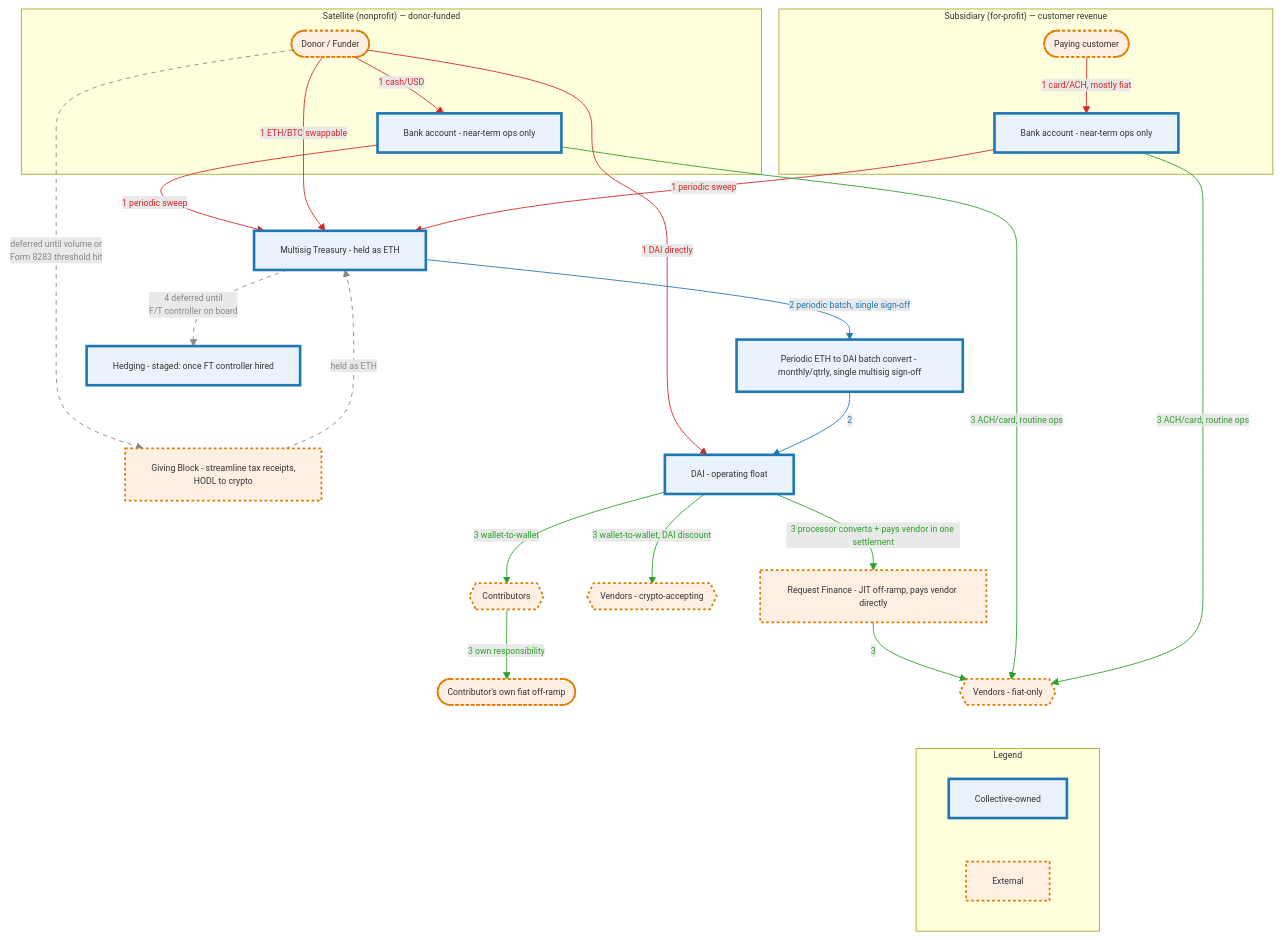
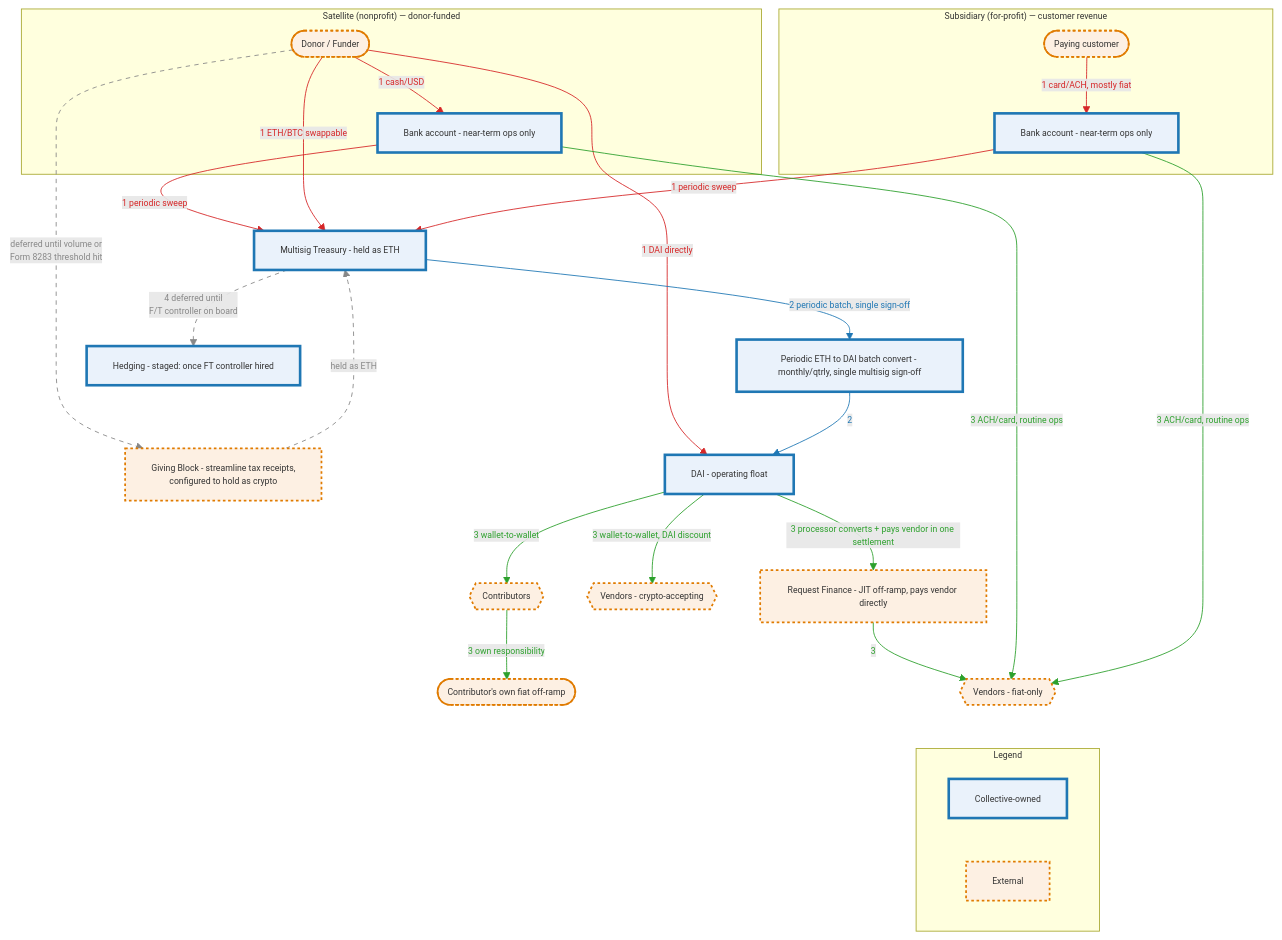
Before and after one commit to doikayt/admin: the third of 4 diagrams in governance/commons-hub-pattern.md, drawn with Mermaid.

Commit message:
docs: replace HODL slang with neutral, actor-correct wording
"HODL" is investment-speculation meme culture, tonally off for a
charitable-giving context regardless of whether it's Giving Block's
literal UI term. "Configured to hold as crypto" also fixes an
ambiguity: this is the collective's own account-level setting, not a
choice the donor makes per-donation.

````diff
--- a/governance/commons-hub-pattern.md
+++ b/governance/commons-hub-pattern.md
@@ -880,69 +880,69 @@
 ```mermaid
 %%{init: {"themeVariables": {"fontSize": "10px"}}}%%
 flowchart TD
     subgraph SAT["Satellite (nonprofit) — donor-funded"]
         Donor([Donor / Funder])
         SatBank[Bank account - near-term ops only]
     end
 
     subgraph SUB["Subsidiary (for-profit) — customer revenue"]
         Customer([Paying customer])
         SubBank[Bank account - near-term ops only]
     end
 
-    DonationProcessor[Giving Block - streamline tax receipts,<br/>HODL to crypto]
+    DonationProcessor[Giving Block - streamline tax receipts,<br/>configured to hold as crypto]
     Treasury[Multisig Treasury - held as ETH]
     BatchConvert[Periodic ETH to DAI batch convert - monthly/qtrly, single multisig sign-off]
     DAIFloat[DAI - operating float]
     Contributors{{Contributors}}
     ContribOfframp([Contributor's own fiat off-ramp])
     VendorsCrypto{{Vendors - crypto-accepting}}
     OffRampJIT[Request Finance - JIT off-ramp, pays vendor directly]
     VendorsFiat{{Vendors - fiat-only}}
     Hedge[Hedging - staged: once FT controller hired]
 
     subgraph LEGEND["Legend"]
         L1[Collective-owned]
         L2[External]
     end
 
     Donor -- "1 cash/USD" --> SatBank
     SatBank -- "1 periodic sweep" --> Treasury
     Donor -- "1 DAI directly" --> DAIFloat
     Donor -- "1 ETH/BTC swappable" --> Treasury
     Customer -- "1 card/ACH, mostly fiat" --> SubBank
     SubBank -- "1 periodic sweep" --> Treasury
 
     Donor -.->|"deferred until volume or<br/>Form 8283 threshold hit"| DonationProcessor
 
     Treasury -- "2 periodic batch, single sign-off" --> BatchConvert
     BatchConvert -- "2" --> DAIFloat
 
     DAIFloat -- "3 wallet-to-wallet" --> Contributors
     Contributors -- "3 own responsibility" --> ContribOfframp
     DAIFloat -- "3 wallet-to-wallet, DAI discount" --> VendorsCrypto
     DAIFloat -- "3 processor converts + pays vendor in one settlement" --> OffRampJIT
     OffRampJIT -- "3" --> VendorsFiat
     SatBank -- "3 ACH/card, routine ops" --> VendorsFiat
     SubBank -- "3 ACH/card, routine ops" --> VendorsFiat
 
     Treasury -.->|"4 deferred until<br/>F/T controller on board"| Hedge
 
     Hedge ~~~ DonationProcessor
     Donor ~~~ SatBank
     VendorsFiat ~~~ LEGEND
     DonationProcessor -.->|"held as ETH"| Treasury
 
     linkStyle 0,1,2,3,4,5 stroke:#d62728,color:#d62728
     linkStyle 7,8 stroke:#1f77b4,color:#1f77b4
     linkStyle 9,10,11,12,13,14,15 stroke:#2ca02c,color:#2ca02c
     linkStyle 6,16,20 stroke:#888888,color:#888888,stroke-dasharray: 5 5
 
     classDef owned fill:#eaf2fb,stroke:#1f77b4,stroke-width:3px
     classDef external fill:#fdf0e3,stroke:#e07b00,stroke-width:2px,stroke-dasharray:3 3
     class L1 owned
     class L2 external
     class Treasury,SatBank,SubBank,BatchConvert,DAIFloat,Hedge owned
     class Donor,DonationProcessor,Customer,Contributors,ContribOfframp external
     class VendorsCrypto,OffRampJIT,VendorsFiat external
 ```
````
